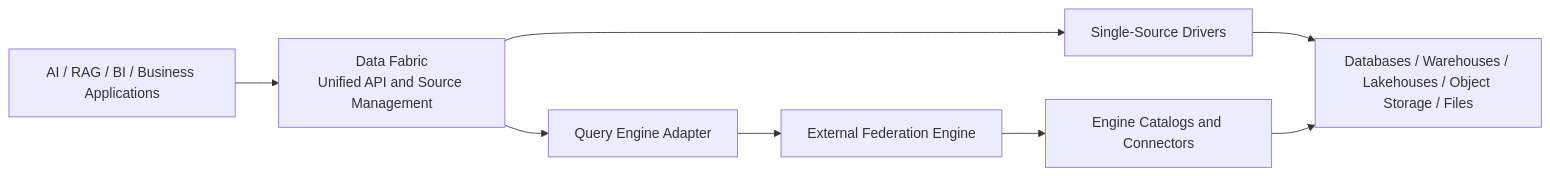
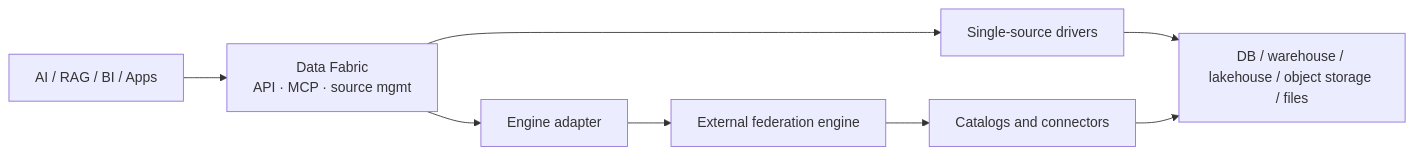
The diagram in README.md (RhinoLink-Tech/data-fabric), drawn with Mermaid before and after one commit. The commit also changed other lines of this file and 1 other file, not shown here.

First line of the commit message:
docs: rewrite README homepage for faster AI/MCP discovery

````diff
--- a/README.md
+++ b/README.md
@@ -55,10 +50,10 @@
-~~~mermaid
+```mermaid
 flowchart LR
-    App[AI / RAG / BI / Business Applications] --> Gateway[Data Fabric<br/>Unified API and Source Management]
-    Gateway --> Drivers[Single-Source Drivers]
-    Drivers --> Sources[Databases / Warehouses / Lakehouses / Object Storage / Files]
-    Gateway --> Adapter[Query Engine Adapter]
-    Adapter --> Engine[External Federation Engine]
-    Engine --> Catalogs[Engine Catalogs and Connectors]
+    App[AI / RAG / BI / Apps] --> Gateway[Data Fabric<br/>API · MCP · source mgmt]
+    Gateway --> Drivers[Single-source drivers]
+    Drivers --> Sources[DB / warehouse / lakehouse / object storage / files]
+    Gateway --> Adapter[Engine adapter]
+    Adapter --> Engine[External federation engine]
+    Engine --> Catalogs[Catalogs and connectors]
     Catalogs --> Sources
-~~~
+```
````
